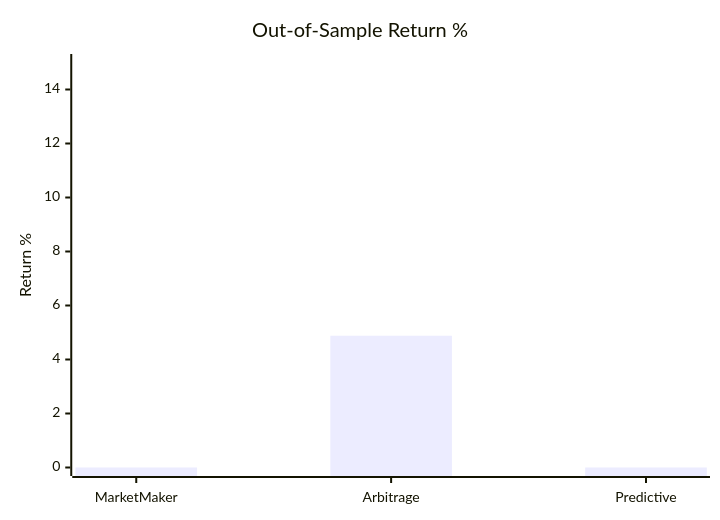
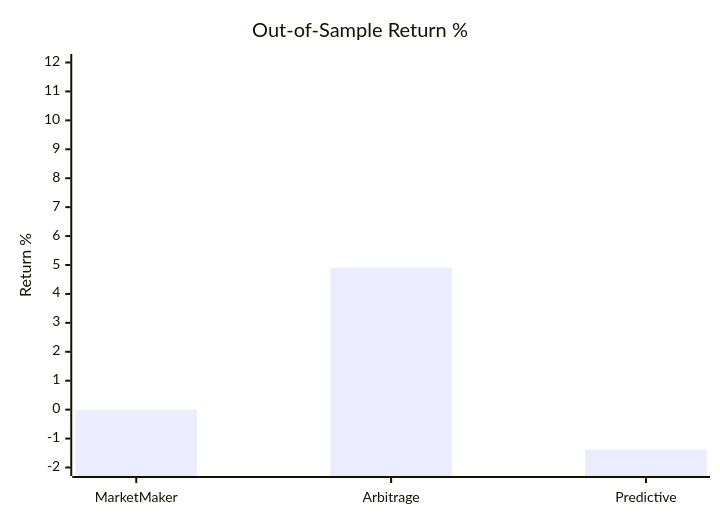
Before and after one commit to shawalkhan1/Quant_Task: the first of 3 diagrams in PROJECT_REPORT.md, drawn with Mermaid. The commit also changed other lines of this file and 27 other files, not shown here.

````diff
--- a/PROJECT_REPORT.md
+++ b/PROJECT_REPORT.md
@@ -64,7 +66,7 @@
 ```mermaid
 xychart-beta
 	title "Out-of-Sample Return %"
 	x-axis [MarketMaker, Arbitrage, Predictive]
-	y-axis "Return %" 0 --> 15
-	bar [0.0, 4.88, 0.0]
+	y-axis "Return %" -2 --> 12
+	bar [0.0, 4.91, -1.38]
 ```
````
